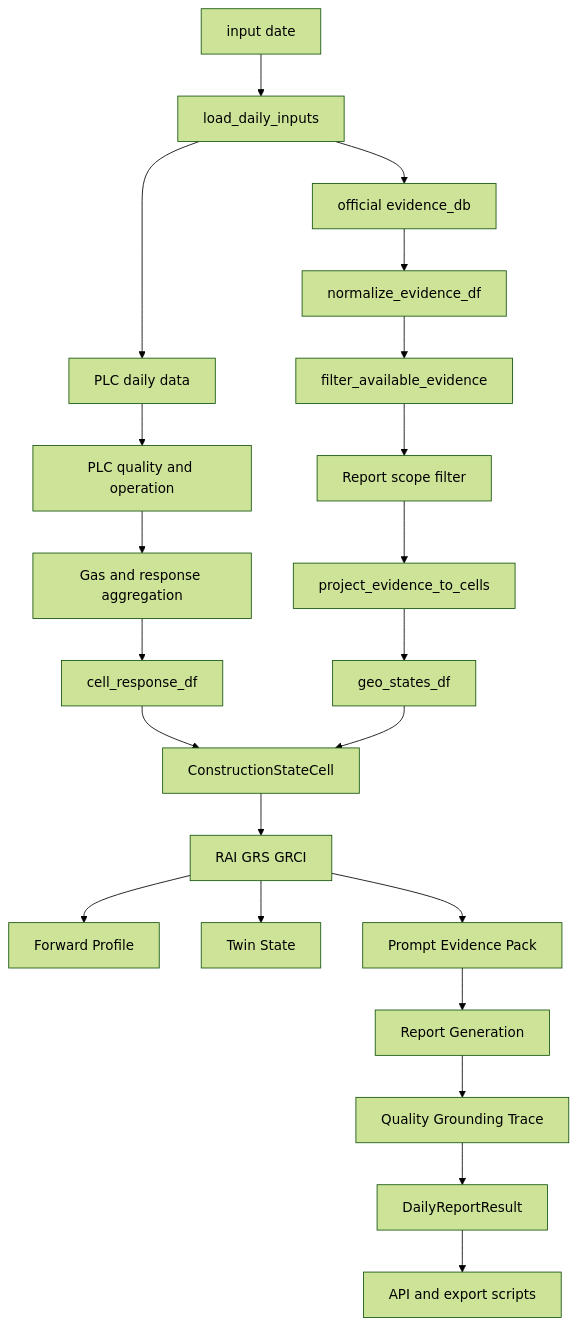
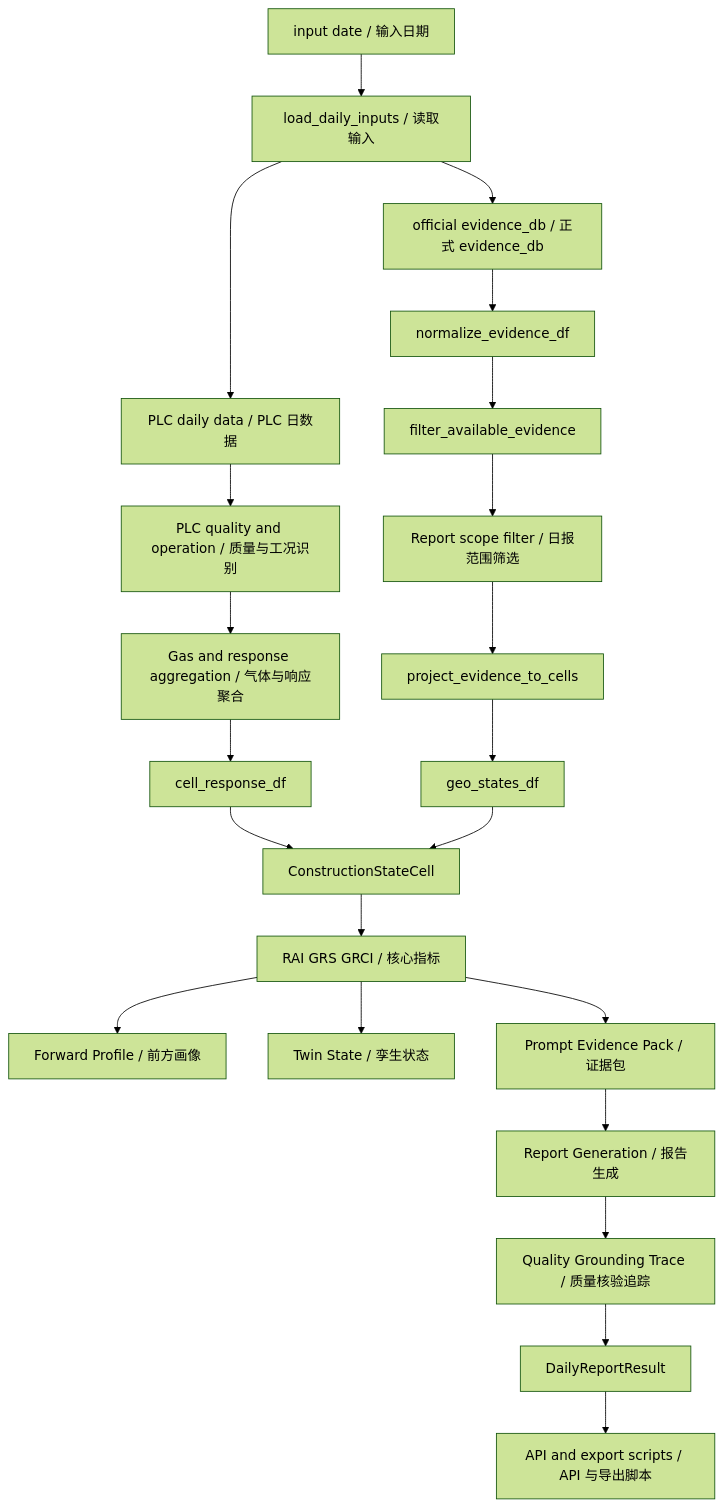
One commit to xiaodazhao/tbm-report changed the first of 5 diagrams in backend/docs/system_architecture.md. Above: the diagram before and after it, drawn with Mermaid (forest theme). The commit also changed other lines of this file and 1 other file, not shown here.

Commit message:
Add bilingual labels to Mermaid diagrams

````diff
--- a/backend/docs/system_architecture.md
+++ b/backend/docs/system_architecture.md
@@ -34,28 +34,28 @@
 ```mermaid
 flowchart TD
-    A[input date] --> B[load_daily_inputs]
-    B --> C[PLC daily data]
-    B --> D[official evidence_db]
+    A[input date / 输入日期] --> B[load_daily_inputs / 读取输入]
+    B --> C[PLC daily data / PLC 日数据]
+    B --> D[official evidence_db / 正式 evidence_db]
 
-    C --> E[PLC quality and operation]
-    E --> F[Gas and response aggregation]
+    C --> E[PLC quality and operation / 质量与工况识别]
+    E --> F[Gas and response aggregation / 气体与响应聚合]
     F --> G[cell_response_df]
 
     D --> H[normalize_evidence_df]
     H --> I[filter_available_evidence]
-    I --> J[Report scope filter]
+    I --> J[Report scope filter / 日报范围筛选]
     J --> K[project_evidence_to_cells]
     K --> L[geo_states_df]
 
     G --> M[ConstructionStateCell]
     L --> M
-    M --> N[RAI GRS GRCI]
-    N --> O[Forward Profile]
-    N --> P[Twin State]
-    N --> Q[Prompt Evidence Pack]
+    M --> N[RAI GRS GRCI / 核心指标]
+    N --> O[Forward Profile / 前方画像]
+    N --> P[Twin State / 孪生状态]
+    N --> Q[Prompt Evidence Pack / 证据包]
 
-    Q --> R[Report Generation]
-    R --> S[Quality Grounding Trace]
+    Q --> R[Report Generation / 报告生成]
+    R --> S[Quality Grounding Trace / 质量核验追踪]
     S --> T[DailyReportResult]
-    T --> U[API and export scripts]
+    T --> U[API and export scripts / API 与导出脚本]
 ```
````
